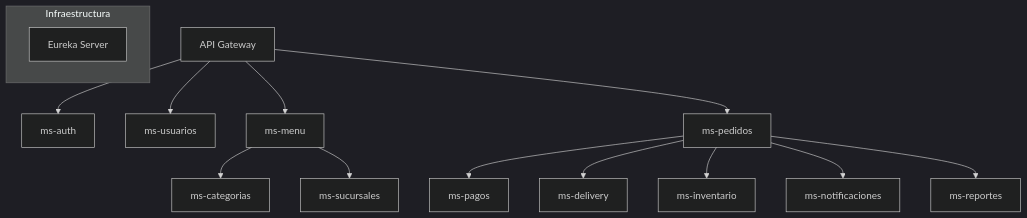
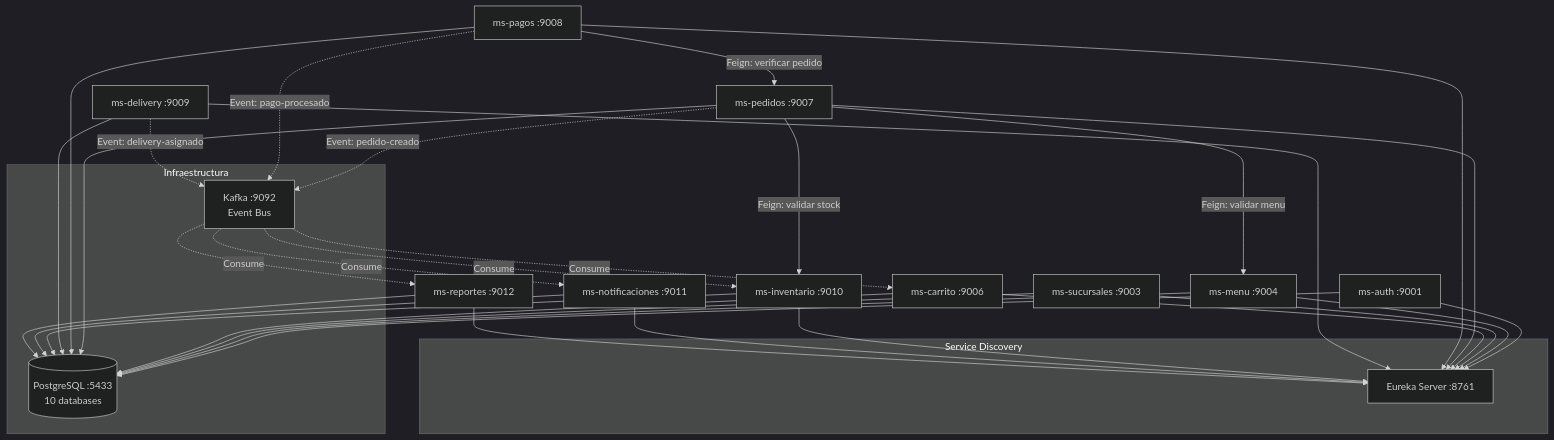
The diagram in docs/01-architecture.md (DeadJustLive/Restaurant-FullStack-Proyect), drawn with Mermaid (dark theme) before and after one commit. The commit also changed other lines of this file and 28 other files, not shown here.

````diff
--- a/docs/01-architecture.md
+++ b/docs/01-architecture.md
@@ -6,18 +6,45 @@
 ```mermaid
 graph TD
-    GW[API Gateway] --> Auth[ms-auth]
-    GW --> User[ms-usuarios]
-    GW --> Menu[ms-menu]
-    GW --> Order[ms-pedidos]
-    Order --> Pay[ms-pagos]
-    Order --> Deliv[ms-delivery]
-    Order --> Inv[ms-inventario]
-    Menu --> Cat[ms-categorias]
-    Menu --> Suc[ms-sucursales]
-    Order --> Notif[ms-notificaciones]
-    Order --> Rep[ms-reportes]
+    subgraph "Service Discovery"
+        EU[Eureka Server :8761]
+    end
+
+    subgraph "Infraestructura"
+        PG[(PostgreSQL :5433<br/>10 databases)]
+        KF[Kafka :9092<br/>Event Bus]
+    end
+
+    Auth[ms-auth :9001] --> EU
+    Menu[ms-menu :9004] --> EU
+    Suc[ms-sucursales :9003] --> EU
+    Car[ms-carrito :9006] --> EU
+    Ped[ms-pedidos :9007] --> EU
+    Pag[ms-pagos :9008] --> EU
+    Del[ms-delivery :9009] --> EU
+    Inv[ms-inventario :9010] --> EU
+    Not[ms-notificaciones :9011] --> EU
+    Rep[ms-reportes :9012] --> EU
     
-    subgraph Infraestructura
-        EU[Eureka Server]
-    end
+    Auth --> PG
+    Menu --> PG
+    Suc --> PG
+    Car --> PG
+    Ped --> PG
+    Pag --> PG
+    Del --> PG
+    Inv --> PG
+    Not --> PG
+    Rep --> PG
+
+    Ped -.->|Event: pedido-creado| KF
+    Pag -.->|Event: pago-procesado| KF
+    Del -.->|Event: delivery-asignado| KF
+    KF -.->|Consume| Inv
+    KF -.->|Consume| Not
+    KF -.->|Consume| Rep
+    KF -.->|Consume| Car
+
+    Ped -->|Feign: validar menu| Menu
+    Ped -->|Feign: validar stock| Inv
+    Pag -->|Feign: verificar pedido| Ped
 ```
````
